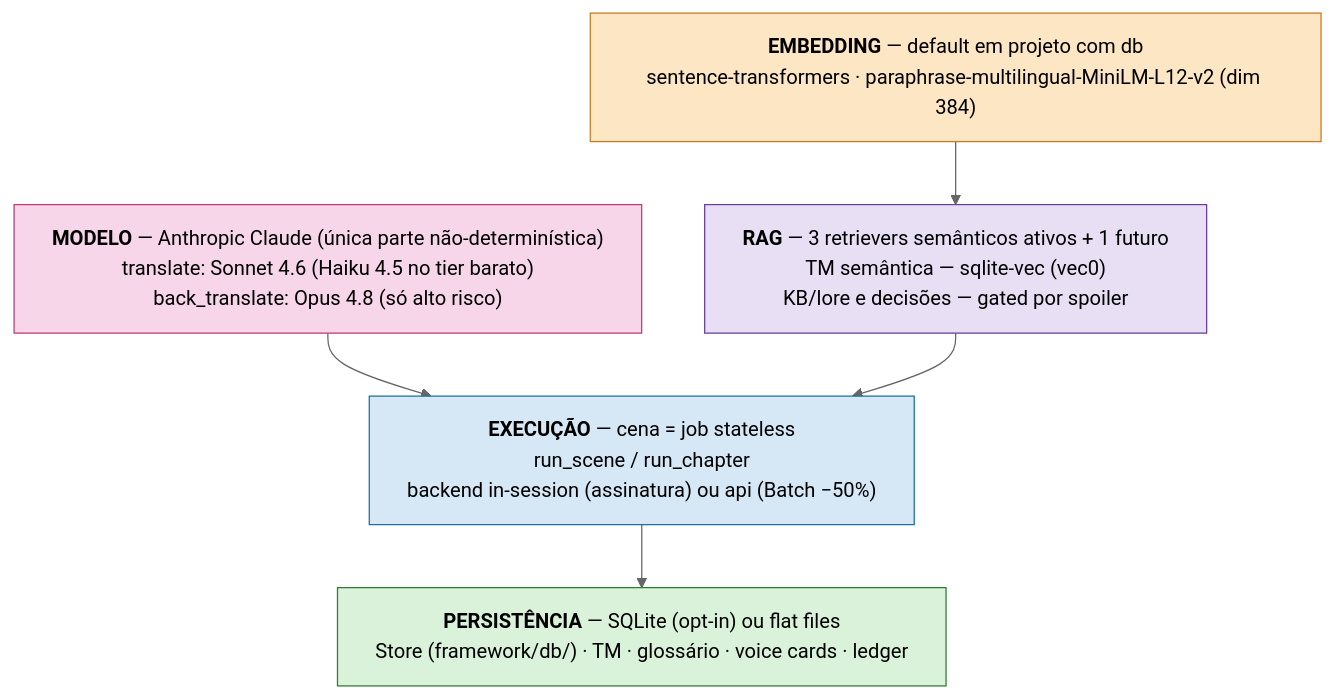
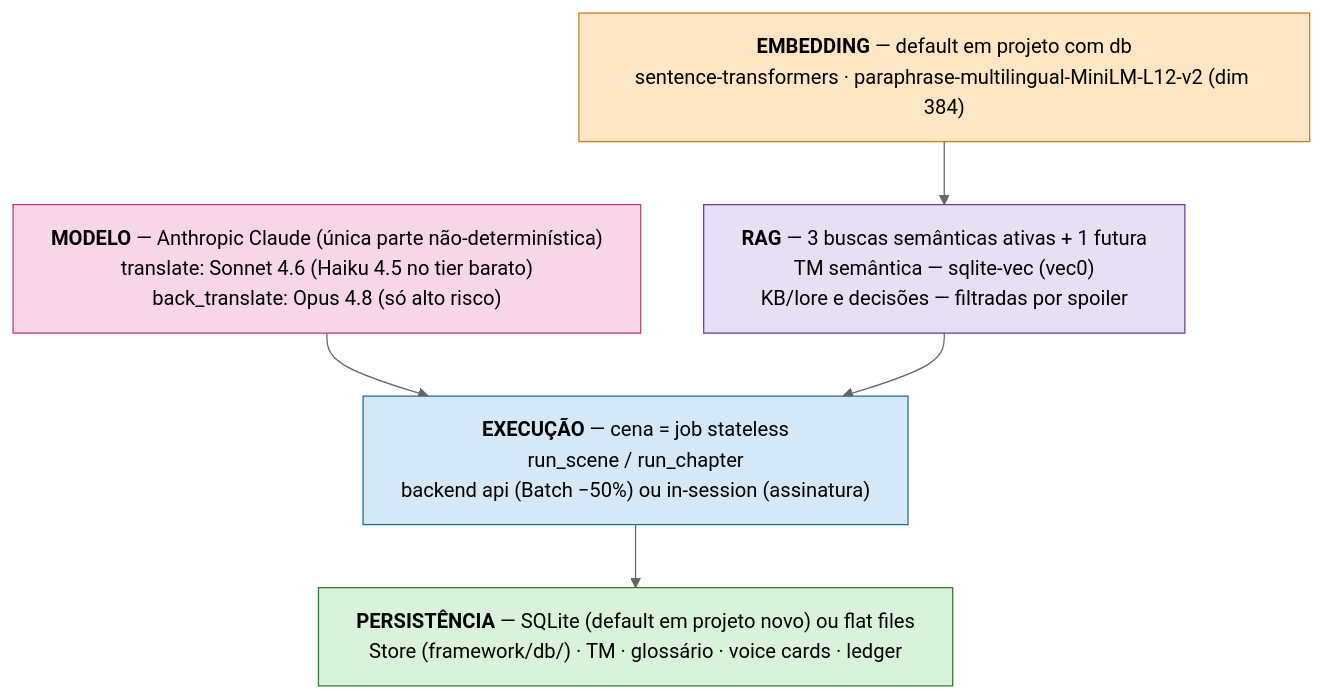
Before and after one commit to scudellerlemos/translation-cognition-framework: the first of 2 diagrams in docs/STACK.md, drawn with Mermaid (neutral theme). The commit also changed other lines of this file and 1 other file, not shown here.

Commit message:
docs: STACK.md reescrito para leitor de fora do projeto (resumo da stack, vocabulario, decisoes de engenharia)

````diff
--- a/docs/STACK.md
+++ b/docs/STACK.md
@@ -7,18 +27,18 @@
 ```mermaid
 %%{init: {'flowchart': {'wrappingWidth': 520}}}%%
 flowchart TB
   model["<b>MODELO</b> — Anthropic Claude (única parte não-determinística)<br/>translate: Sonnet 4.6 (Haiku 4.5 no tier barato)<br/>back_translate: Opus 4.8 (só alto risco)"]:::mod
   embed["<b>EMBEDDING</b> — default em projeto com db<br/>sentence-transformers · paraphrase-multilingual-MiniLM-L12-v2 (dim 384)"]:::emb
-  rag["<b>RAG</b> — 3 retrievers semânticos ativos + 1 futuro<br/>TM semântica — sqlite-vec (vec0)<br/>KB/lore e decisões — gated por spoiler"]:::rg
-  exec["<b>EXECUÇÃO</b> — cena = job stateless<br/>run_scene / run_chapter<br/>backend in-session (assinatura) ou api (Batch −50%)"]:::ex
-  store["<b>PERSISTÊNCIA</b> — SQLite (opt-in) ou flat files<br/>Store (framework/db/) · TM · glossário · voice cards · ledger"]:::st
+  rag["<b>RAG</b> — 3 buscas semânticas ativas + 1 futura<br/>TM semântica — sqlite-vec (vec0)<br/>KB/lore e decisões — filtradas por spoiler"]:::rg
+  exec["<b>EXECUÇÃO</b> — cena = job stateless<br/>run_scene / run_chapter<br/>backend api (Batch −50%) ou in-session (assinatura)"]:::ex
+  store["<b>PERSISTÊNCIA</b> — SQLite (default em projeto novo) ou flat files<br/>Store (framework/db/) · TM · glossário · voice cards · ledger"]:::st
   model --> exec
   embed --> rag
   rag --> exec
   exec --> store
   classDef mod fill:#f6d6e8,stroke:#c0397b,color:#000;
   classDef emb fill:#fde6c4,stroke:#c97b1f,color:#000;
   classDef rg fill:#e8dff5,stroke:#6a3d9b,color:#000;
   classDef ex fill:#d6e8f6,stroke:#1f6f9b,color:#000;
   classDef st fill:#d9f2d9,stroke:#2e7d32,color:#000;
 ```
````
